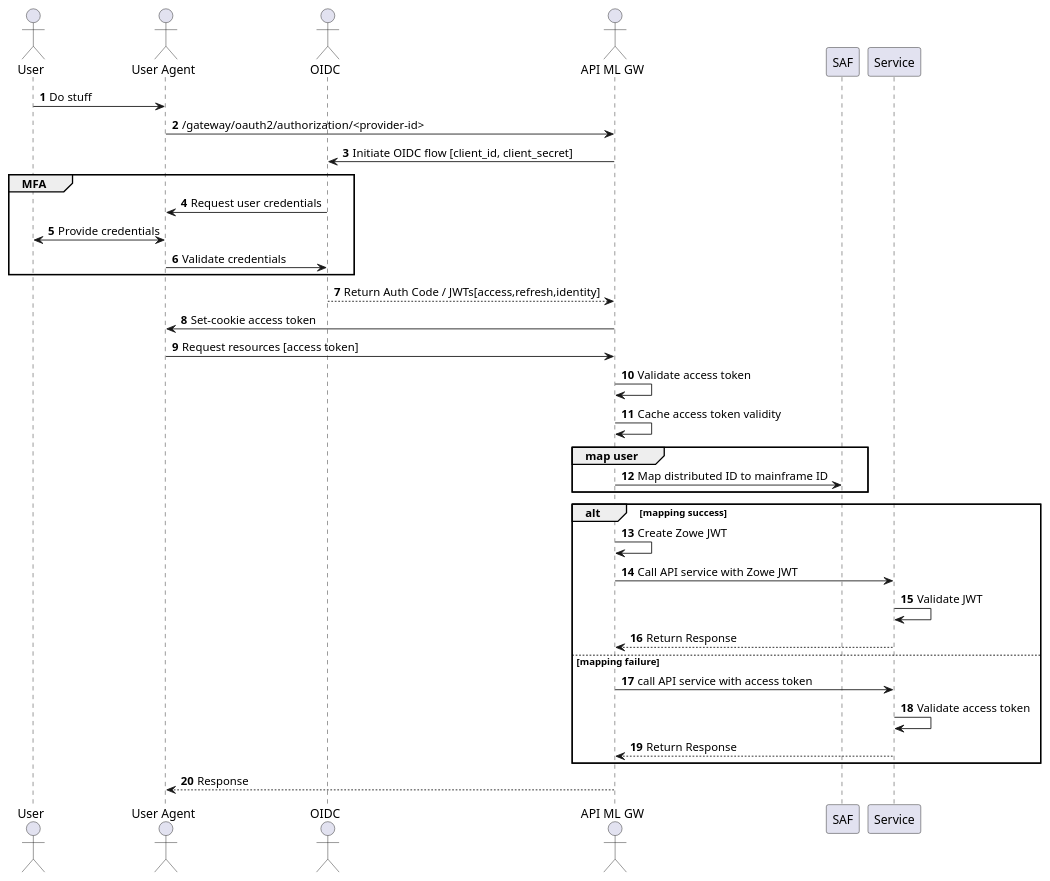
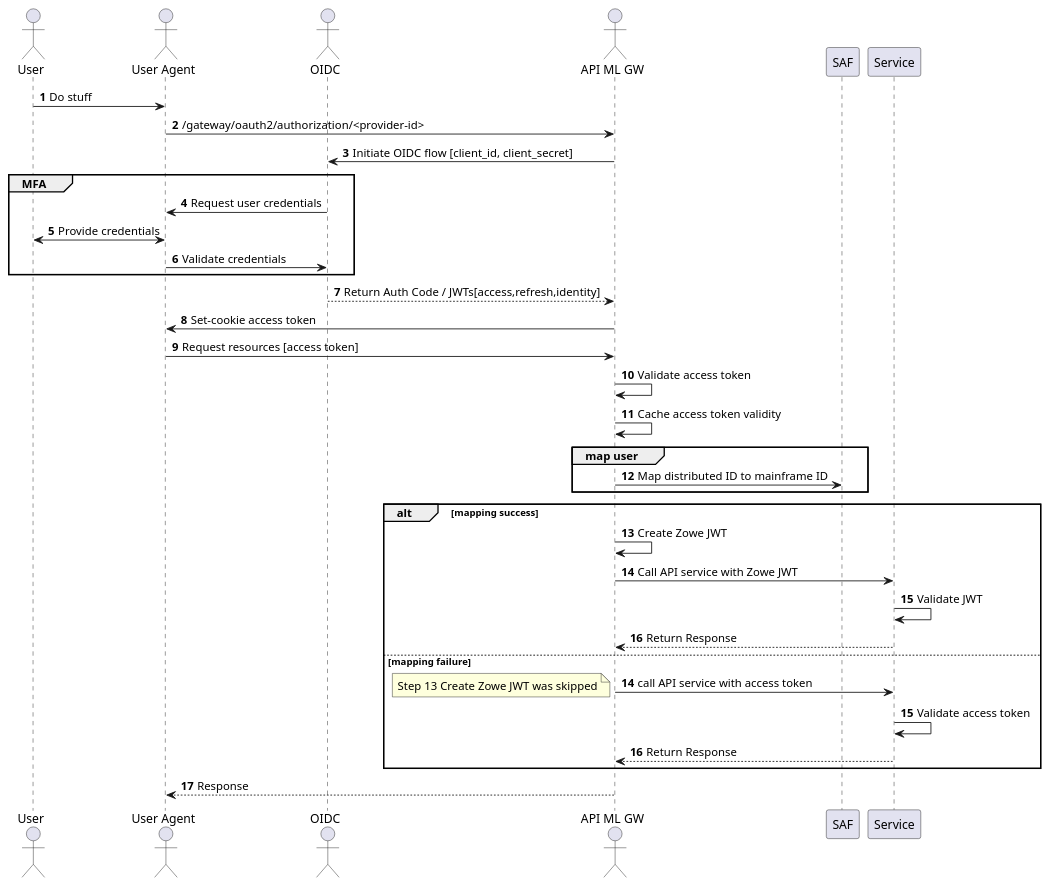
One commit to zowe/docs-site changed the diagram in docs/diagrams/apiml-oidc-auth-seq.puml. Above: the diagram before and after it, drawn with PlantUML. The commit also changed 2 other files, not shown here.

Commit message:
update diagram and steps description

```diff
--- a/docs/diagrams/apiml-oidc-auth-seq.puml
+++ b/docs/diagrams/apiml-oidc-auth-seq.puml
@@ -1,39 +1,43 @@
 @startuml
 'https://plantuml.com/sequence-diagram
 
 autonumber
 actor User
 actor "User Agent" as Agent
 actor OIDC as OIDC
 actor "API ML GW" as GW
 
 User -> Agent: Do stuff
 Agent -> GW: /gateway/oauth2/authorization/<provider-id>
 GW -> OIDC: Initiate OIDC flow [client_id, client_secret]
 group MFA
 OIDC -> Agent: Request user credentials
 User <-> Agent: Provide credentials
 Agent -> OIDC: Validate credentials
 end
 OIDC --> GW: Return Auth Code / JWTs[access,refresh,identity]
 GW -> Agent: Set-cookie access token
 Agent -> GW: Request resources [access token]
 GW -> GW: Validate access token
 GW -> GW: Cache access token validity
 group map user
 GW -> SAF: Map distributed ID to mainframe ID
 end
 alt mapping success
 GW -> GW: Create Zowe JWT
 GW -> Service: Call API service with Zowe JWT
 Service -> Service: Validate JWT
 Service --> GW: Return Response
+autonumber 14 1
 else mapping failure
+
 GW -> Service: call API service with access token
+note left: Step 13 Create Zowe JWT was skipped
 Service -> Service: Validate access token
 Service --> GW: Return Response
 end
+autonumber 17 1
 GW --> Agent: Response
 
 
 @enduml
```
